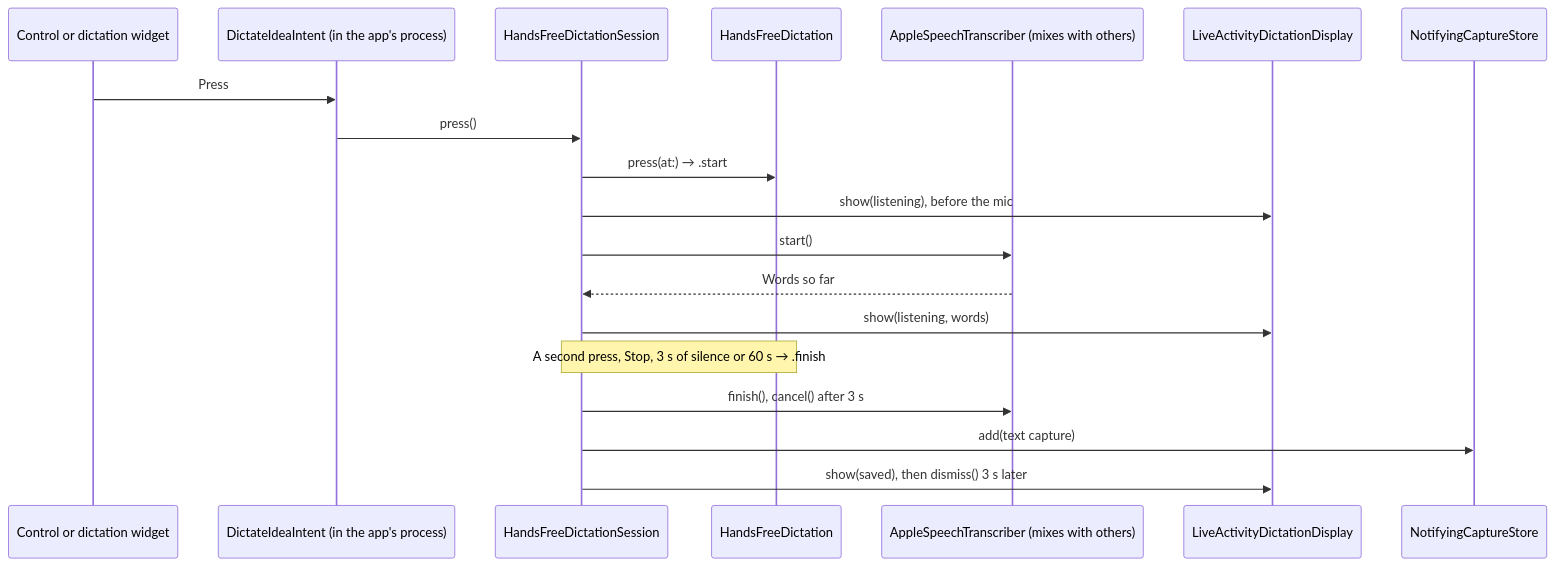
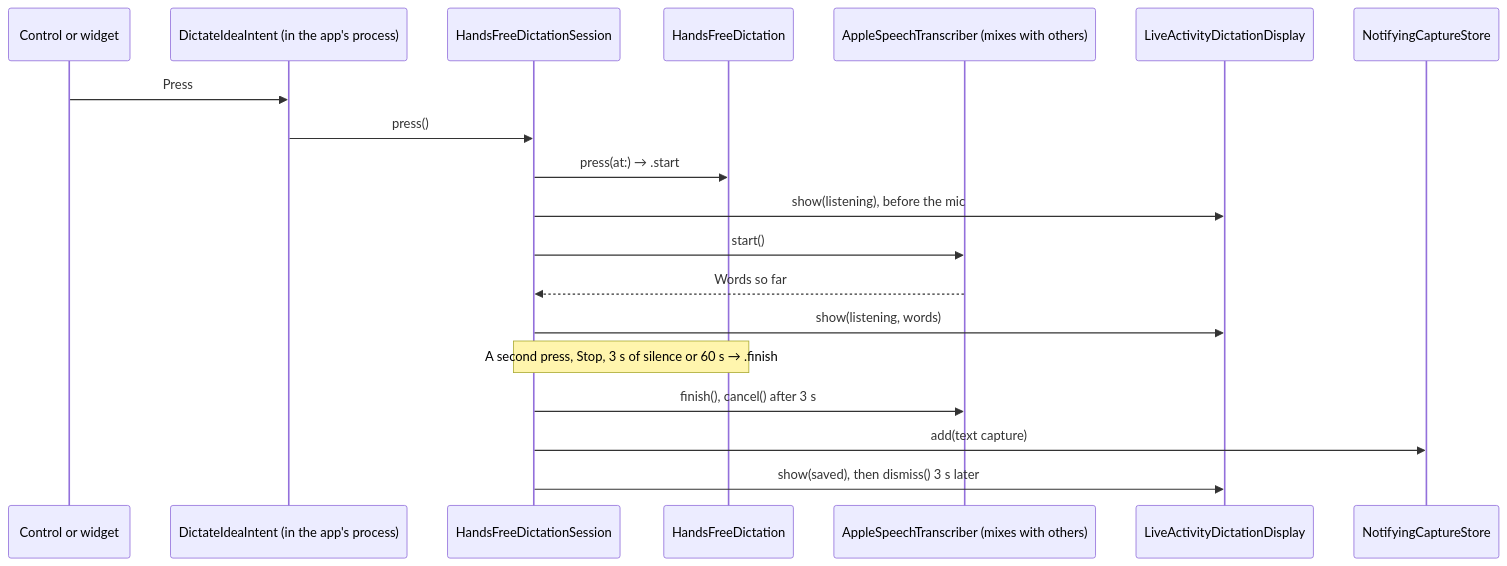
Before and after one commit to southp/buffer-snap: the sixth of 6 diagrams in docs/architecture.md, drawn with Mermaid. The commit also changed other lines of this file and 3 other files, not shown here.

````diff
--- a/docs/architecture.md
+++ b/docs/architecture.md
@@ -247,21 +223,21 @@
 ```mermaid
 sequenceDiagram
-    participant Surface as Control or dictation widget
+    participant Surface as Control or widget
     participant Intent as DictateIdeaIntent (in the app's process)
     participant Session as HandsFreeDictationSession
     participant Rules as HandsFreeDictation
     participant Mic as AppleSpeechTranscriber (mixes with others)
     participant Activity as LiveActivityDictationDisplay
     participant Store as NotifyingCaptureStore
     Surface->>Intent: Press
     Intent->>Session: press()
     Session->>Rules: press(at:) → .start
     Session->>Activity: show(listening), before the mic
     Session->>Mic: start()
     Mic-->>Session: Words so far
     Session->>Activity: show(listening, words)
     Note over Session,Rules: A second press, Stop, 3 s of silence or 60 s → .finish
     Session->>Mic: finish(), cancel() after 3 s
     Session->>Store: add(text capture)
     Session->>Activity: show(saved), then dismiss() 3 s later
 ```
````
